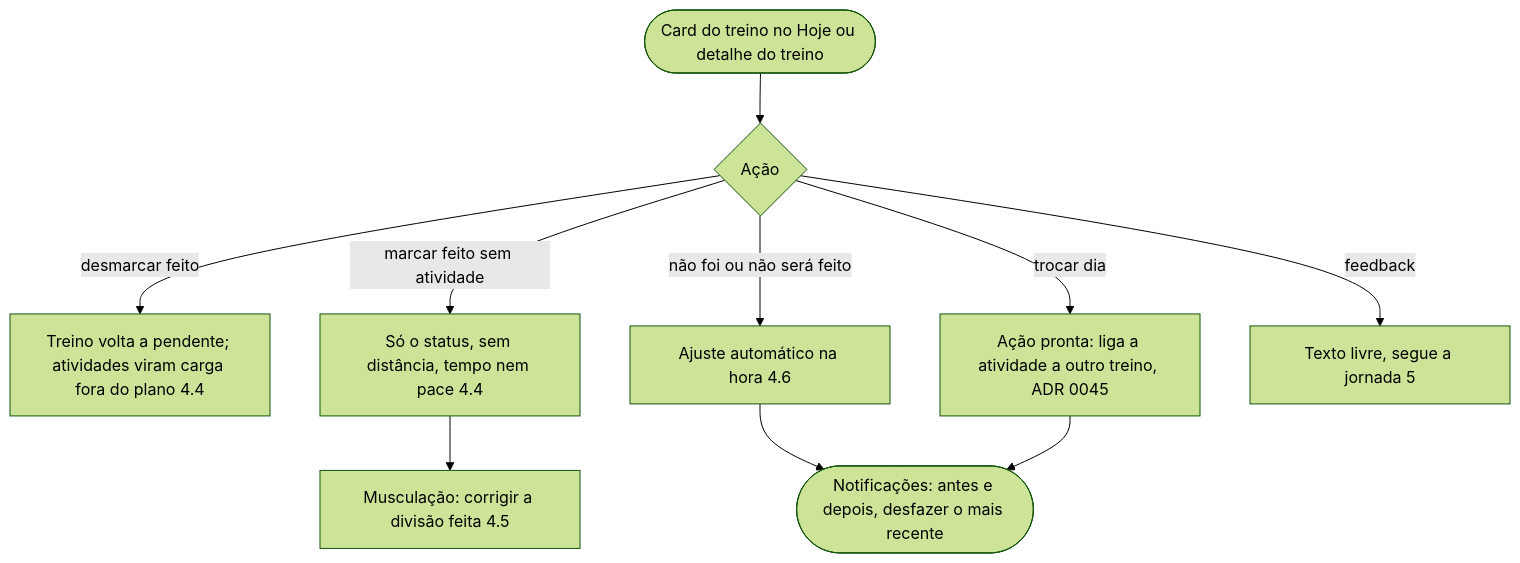
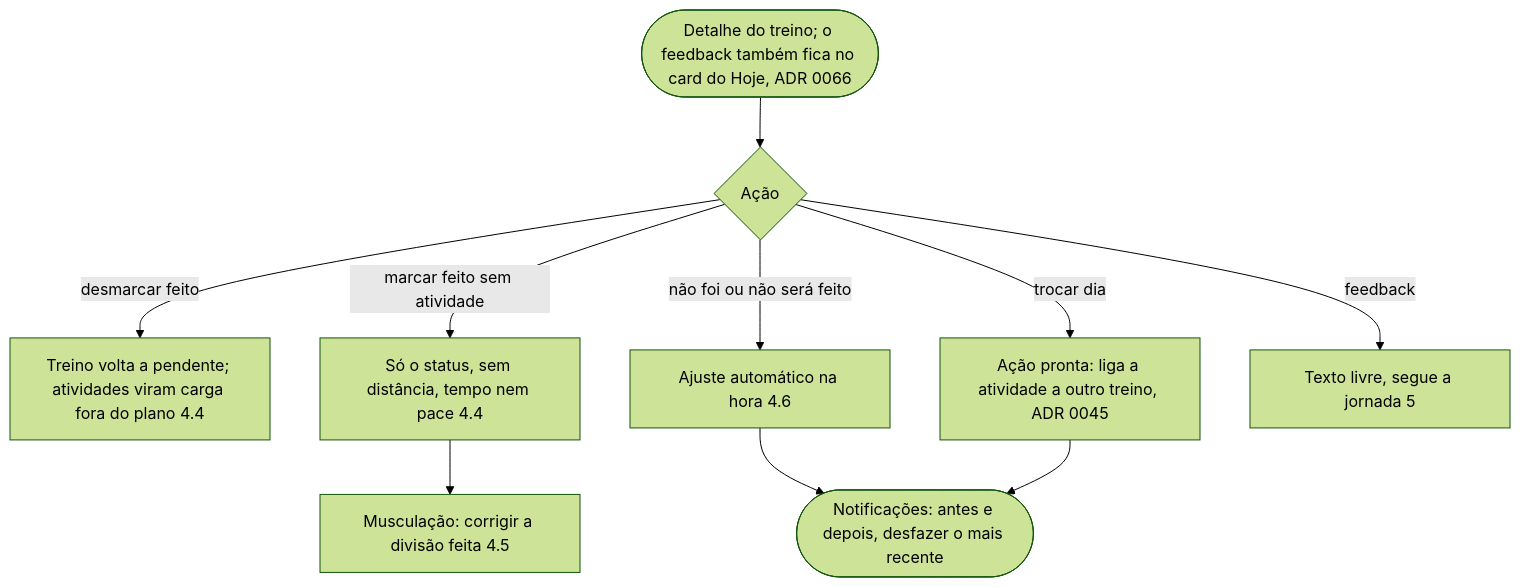
Before and after one commit to cruzvini/app-corrida: the fifth of 11 diagrams in docs/fluxos.md, drawn with Mermaid (forest theme). The commit also changed other lines of this file and 2 other files, not shown here.

Commit message:
docs: alinha ADR 0058 e fluxos ao ADR 0066 (ações só no detalhe do treino)

````diff
--- a/docs/fluxos.md
+++ b/docs/fluxos.md
@@ -140,12 +140,12 @@
 ```mermaid
 flowchart TD
-  A([Card do treino no Hoje ou detalhe do treino]) --> B{Ação}
+  A([Detalhe do treino; o feedback também fica no card do Hoje, ADR 0066]) --> B{Ação}
   B -- desmarcar feito --> C[Treino volta a pendente; atividades viram carga fora do plano 4.4]
   B -- marcar feito sem atividade --> D[Só o status, sem distância, tempo nem pace 4.4]
   D --> D1[Musculação: corrigir a divisão feita 4.5]
   B -- não foi ou não será feito --> E[Ajuste automático na hora 4.6]
   B -- trocar dia --> F[Ação pronta: liga a atividade a outro treino, ADR 0045]
   B -- feedback --> G[Texto livre, segue a jornada 5]
   E --> N([Notificações: antes e depois, desfazer o mais recente])
   F --> N
 ```
````
